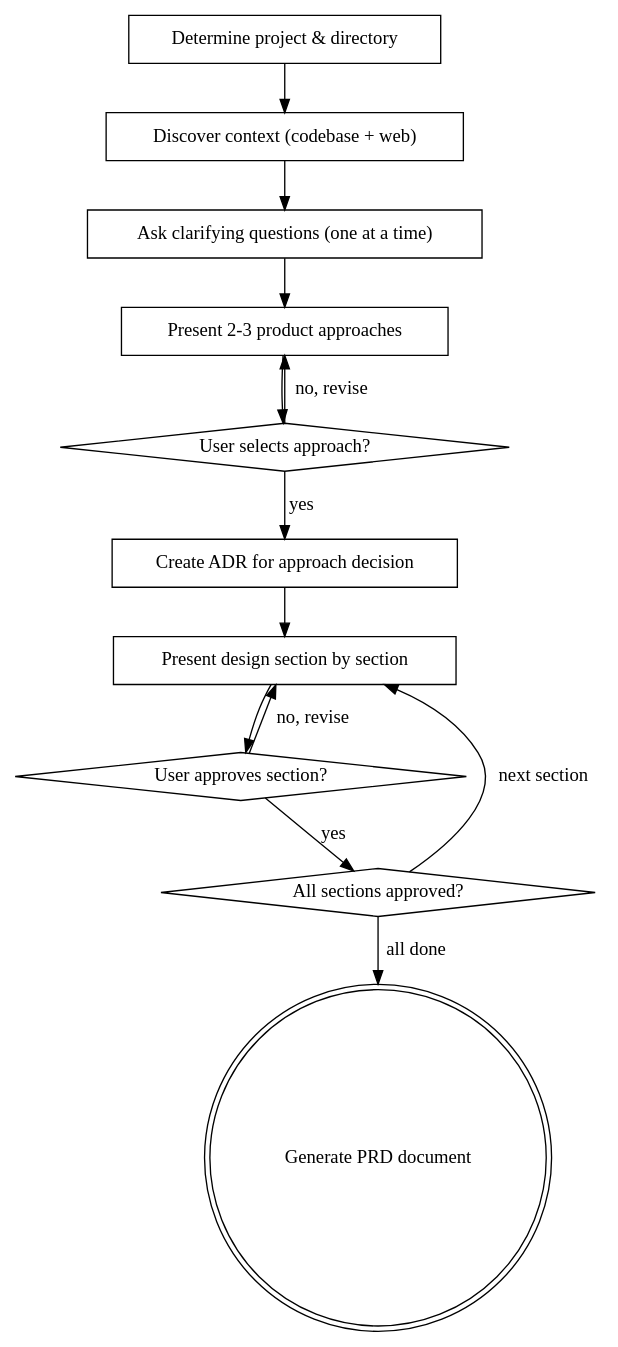
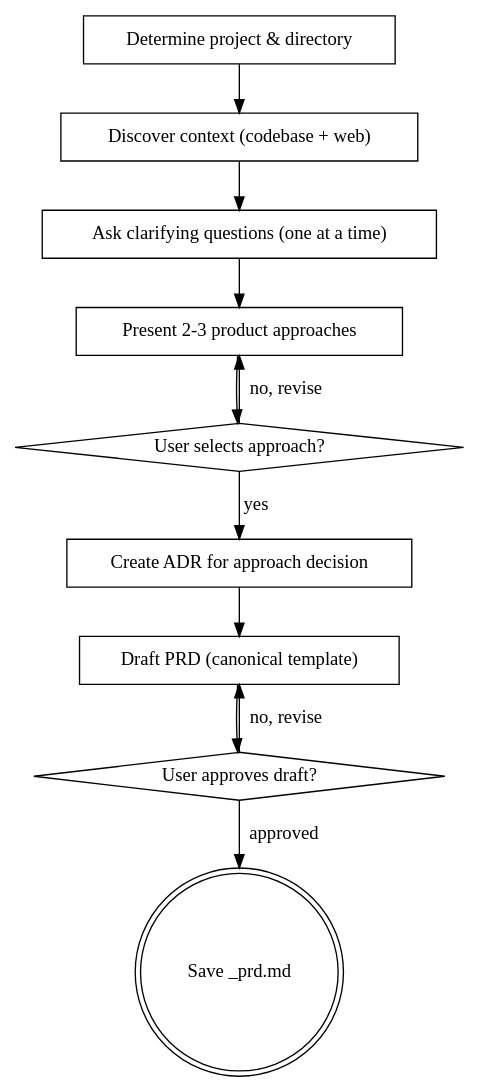
One commit to tassosgomes/mcad changed the diagram in .agents/skills/cy-create-prd/SKILL.md. Above: the diagram before and after it, drawn with Graphviz. The commit also changed other lines of this file and 360 other files, not shown here.

````diff
--- a/.agents/skills/cy-create-prd/SKILL.md
+++ b/.agents/skills/cy-create-prd/SKILL.md
@@ -79,27 +143,24 @@
 ```dot
 digraph create_prd {
     "Determine project & directory" [shape=box];
     "Discover context (codebase + web)" [shape=box];
     "Ask clarifying questions (one at a time)" [shape=box];
     "Present 2-3 product approaches" [shape=box];
     "User selects approach?" [shape=diamond];
     "Create ADR for approach decision" [shape=box];
-    "Present design section by section" [shape=box];
-    "User approves section?" [shape=diamond];
-    "All sections approved?" [shape=diamond];
-    "Generate PRD document" [shape=doublecircle];
+    "Draft PRD (canonical template)" [shape=box];
+    "User approves draft?" [shape=diamond];
+    "Save _prd.md" [shape=doublecircle];
 
     "Determine project & directory" -> "Discover context (codebase + web)";
     "Discover context (codebase + web)" -> "Ask clarifying questions (one at a time)";
     "Ask clarifying questions (one at a time)" -> "Present 2-3 product approaches";
     "Present 2-3 product approaches" -> "User selects approach?";
     "User selects approach?" -> "Present 2-3 product approaches" [label="no, revise"];
     "User selects approach?" -> "Create ADR for approach decision" [label="yes"];
-    "Create ADR for approach decision" -> "Present design section by section";
-    "Present design section by section" -> "User approves section?";
-    "User approves section?" -> "Present design section by section" [label="no, revise"];
-    "User approves section?" -> "All sections approved?" [label="yes"];
-    "All sections approved?" -> "Present design section by section" [label="next section"];
-    "All sections approved?" -> "Generate PRD document" [label="all done"];
+    "Create ADR for approach decision" -> "Draft PRD (canonical template)";
+    "Draft PRD (canonical template)" -> "User approves draft?";
+    "User approves draft?" -> "Draft PRD (canonical template)" [label="no, revise"];
+    "User approves draft?" -> "Save _prd.md" [label="approved"];
 }
 ```
````
